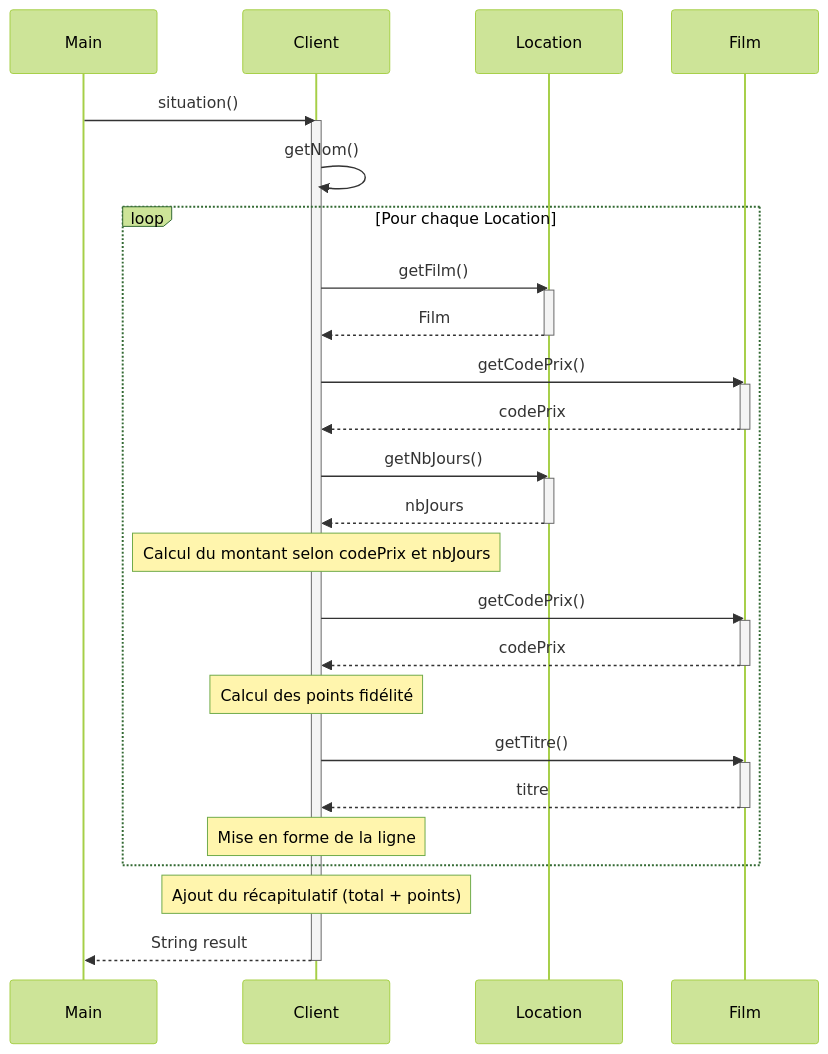
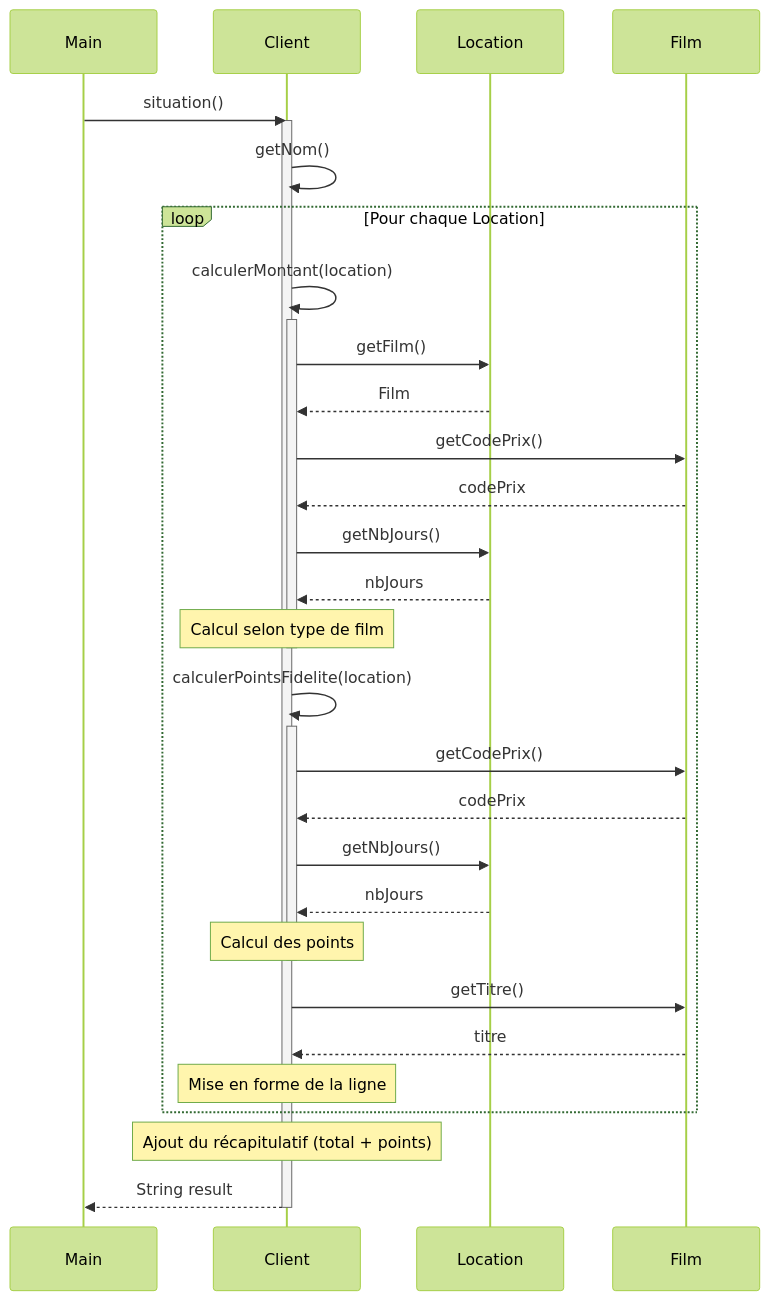
Before and after one commit to NeosProjects/R5.06-Refactor: the second of 2 diagrams in Refactoring (First Book of Matin Fowler)/README.md, drawn with Mermaid (forest theme). The commit also changed other lines of this file and 20 other files, not shown here.

````diff
--- a/Refactoring (First Book of Matin Fowler)/README.md
+++ b/Refactoring (First Book of Matin Fowler)/README.md
@@ -74,50 +90,43 @@
 ```mermaid
 sequenceDiagram
     participant Main
     participant Client
     participant Location
     participant Film
     
     Main->>Client: situation()
     activate Client
     
     Client->>Client: getNom()
     
     loop Pour chaque Location
+        Client->>Client: calculerMontant(location)
+        activate Client
         Client->>Location: getFilm()
-        activate Location
         Location-->>Client: Film
-        deactivate Location
+        Client->>Film: getCodePrix()
+        Film-->>Client: codePrix
+        Client->>Location: getNbJours()
+        Location-->>Client: nbJours
+        Note over Client: Calcul selon type de film
+        deactivate Client
         
+        Client->>Client: calculerPointsFidelite(location)
+        activate Client
         Client->>Film: getCodePrix()
-        activate Film
         Film-->>Client: codePrix
-        deactivate Film
-        
         Client->>Location: getNbJours()
-        activate Location
         Location-->>Client: nbJours
-        deactivate Location
-        
-        Note over Client: Calcul du montant selon codePrix et nbJours
-        
-        Client->>Film: getCodePrix()
-        activate Film
-        Film-->>Client: codePrix
-        deactivate Film
-        
-        Note over Client: Calcul des points fidélité
+        Note over Client: Calcul des points
+        deactivate Client
         
         Client->>Film: getTitre()
-        activate Film
         Film-->>Client: titre
-        deactivate Film
-        
         Note over Client: Mise en forme de la ligne
     end
     
     Note over Client: Ajout du récapitulatif (total + points)
     
     Client-->>Main: String result
     deactivate Client
 ```
````
